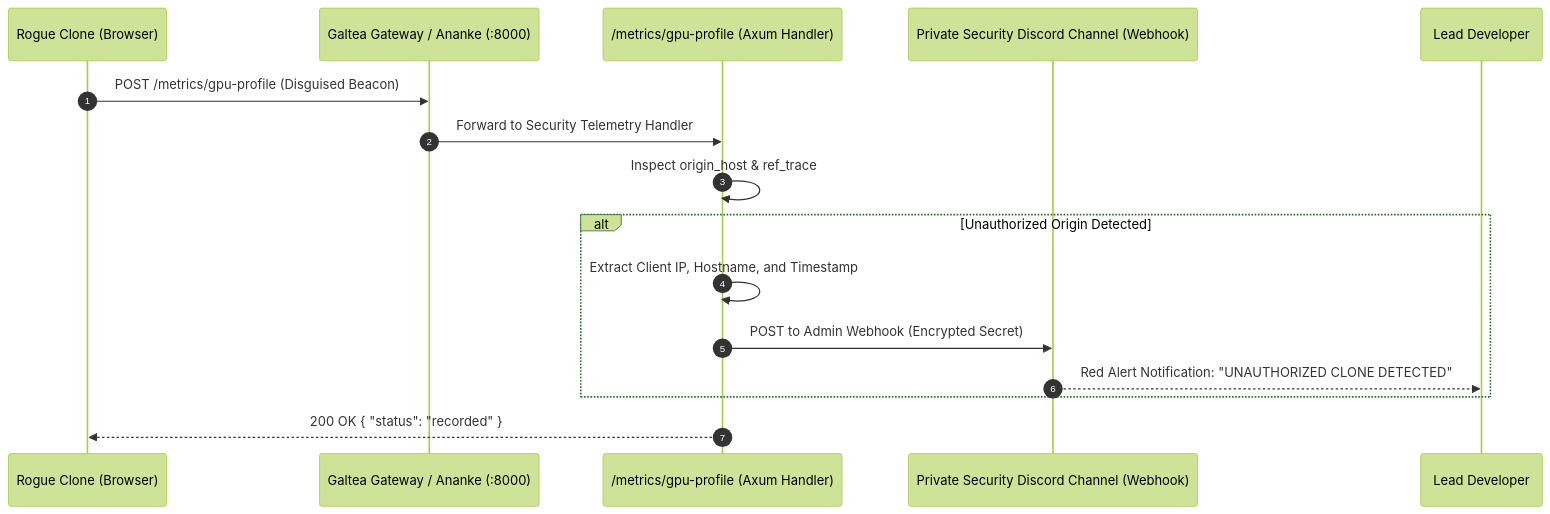
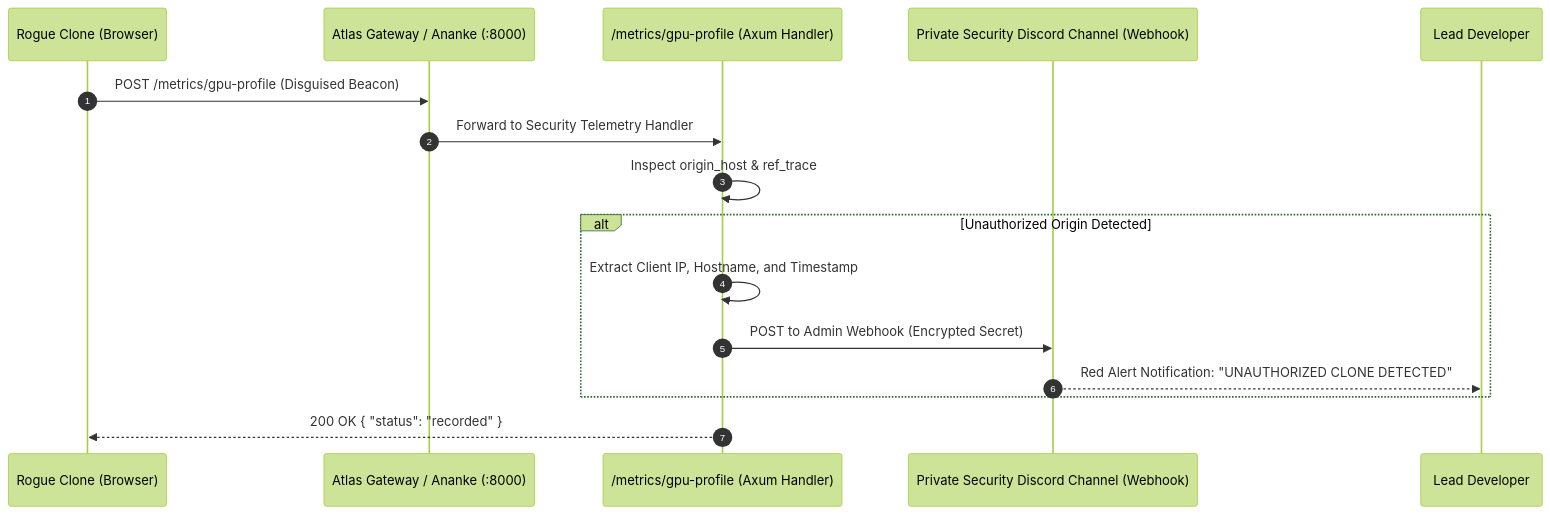
The second of 2 diagrams in specs/covert_phone_home_telemetry.md (Irkyosaur/Atlas), drawn with Mermaid (forest theme) before and after one commit. The commit also changed other lines of this file and 11 other files, not shown here.

````diff
--- a/specs/covert_phone_home_telemetry.md
+++ b/specs/covert_phone_home_telemetry.md
@@ -157,19 +157,19 @@
 ```mermaid
 sequenceDiagram
     autonumber
     participant Rogue as Rogue Clone (Browser)
-    participant CDN as Galtea Gateway / Ananke (:8000)
+    participant CDN as Atlas Gateway / Ananke (:8000)
     participant Ingest as /metrics/gpu-profile (Axum Handler)
     participant Discord as Private Security Discord Channel (Webhook)
     participant Admin as Lead Developer
 
     Rogue->>CDN: POST /metrics/gpu-profile (Disguised Beacon)
     CDN->>Ingest: Forward to Security Telemetry Handler
     Ingest->>Ingest: Inspect origin_host & ref_trace
     alt Unauthorized Origin Detected
         Ingest->>Ingest: Extract Client IP, Hostname, and Timestamp
         Ingest->>Discord: POST to Admin Webhook (Encrypted Secret)
         Discord-->>Admin: Red Alert Notification: "UNAUTHORIZED CLONE DETECTED"
     end
     Ingest-->>Rogue: 200 OK { "status": "recorded" }
 ```
````
